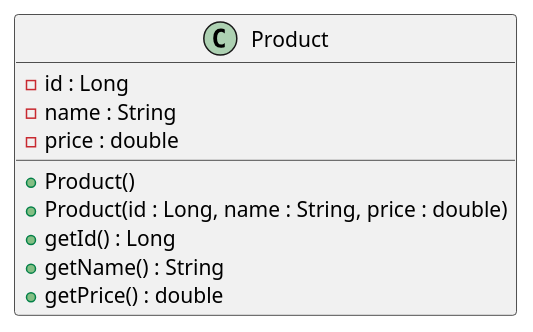
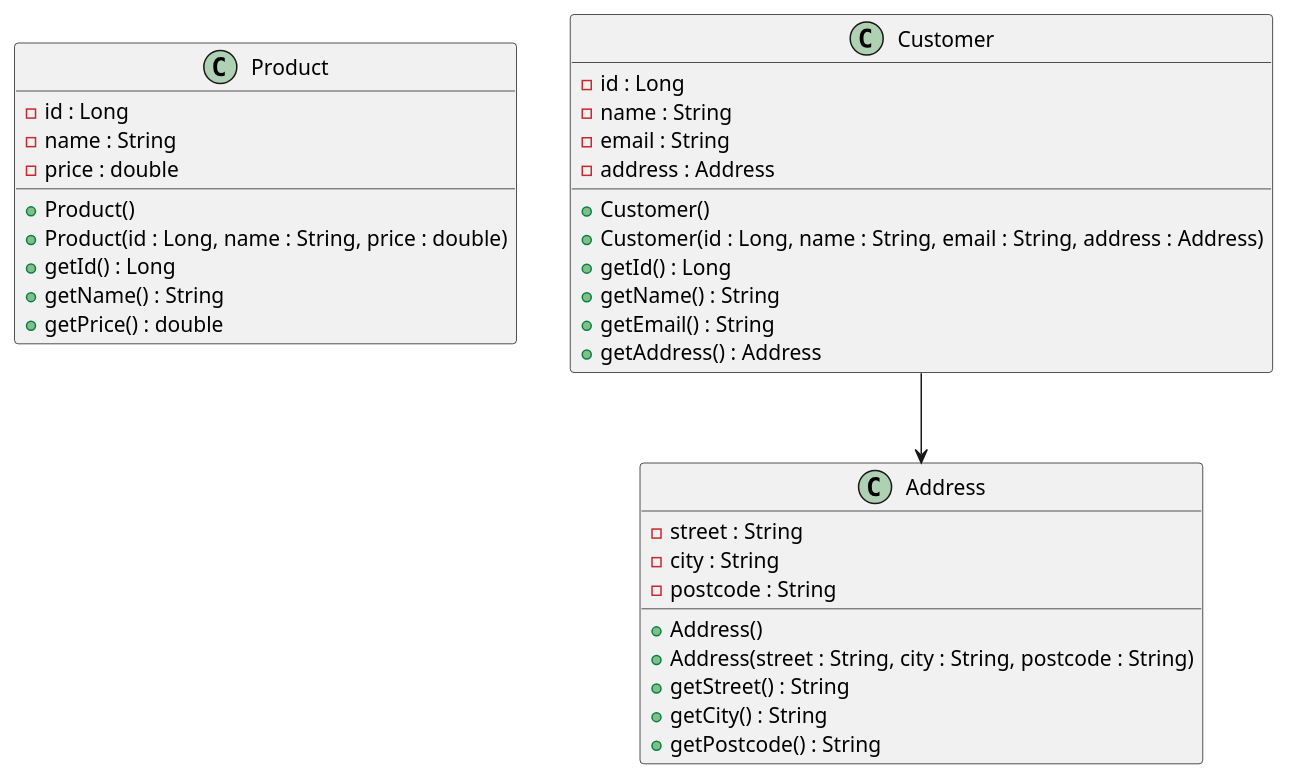
Before and after one commit to jitendrayadavv/Object_Oriented_Programming: the diagram in Week-3/products-api/docs/Product.puml, drawn with PlantUML.

Commit message:
Tutorial 2: Customer and Address classes with association

```diff
--- a/Week-3/products-api/docs/Product.puml
+++ b/Week-3/products-api/docs/Product.puml
@@ -1,14 +1,40 @@
 @startuml
 class Product {
     - id : Long
     - name : String
     - price : double
     + Product()
     + Product(id : Long, name : String, price : double)
     + getId() : Long
     + getName() : String
     + getPrice() : double
 }
 
+class Customer {
+    - id : Long
+    - name : String
+    - email : String
+    - address : Address
+    + Customer()
+    + Customer(id : Long, name : String, email : String, address : Address)
+    + getId() : Long
+    + getName() : String
+    + getEmail() : String
+    + getAddress() : Address
+}
+
+class Address {
+    - street : String
+    - city : String
+    - postcode : String
+    + Address()
+    + Address(street : String, city : String, postcode : String)
+    + getStreet() : String
+    + getCity() : String
+    + getPostcode() : String
+}
+
+Customer --> Address
+
 
 @enduml
```
